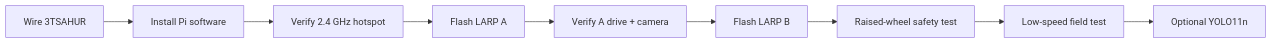
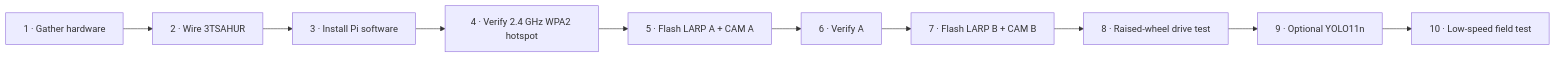
Before and after one commit to william-thompsonthe1st/STEM-Research-Academy: the first of 12 diagrams in README.md, drawn with Mermaid. The commit also changed other lines of this file, not shown here.

Commit message:
docs: expand materials pinouts and YOLO setup

````diff
--- a/README.md
+++ b/README.md
@@ -18,11 +30,12 @@
 ```mermaid
 flowchart LR
-    A["Wire 3TSAHUR"] --> B["Install Pi software"]
-    B --> C["Verify 2.4 GHz hotspot"]
-    C --> D["Flash LARP A"]
-    D --> E["Verify A drive + camera"]
-    E --> F["Flash LARP B"]
-    F --> G["Raised-wheel safety test"]
-    G --> H["Low-speed field test"]
-    H --> I["Optional YOLO11n"]
+    A["1 · Gather hardware"] --> B["2 · Wire 3TSAHUR"]
+    B --> C["3 · Install Pi software"]
+    C --> D["4 · Verify 2.4 GHz WPA2 hotspot"]
+    D --> E["5 · Flash LARP A + CAM A"]
+    E --> F["6 · Verify A"]
+    F --> G["7 · Flash LARP B + CAM B"]
+    G --> H["8 · Raised-wheel drive test"]
+    H --> I["9 · Optional YOLO11n"]
+    I --> J["10 · Low-speed field test"]
 ```
````
